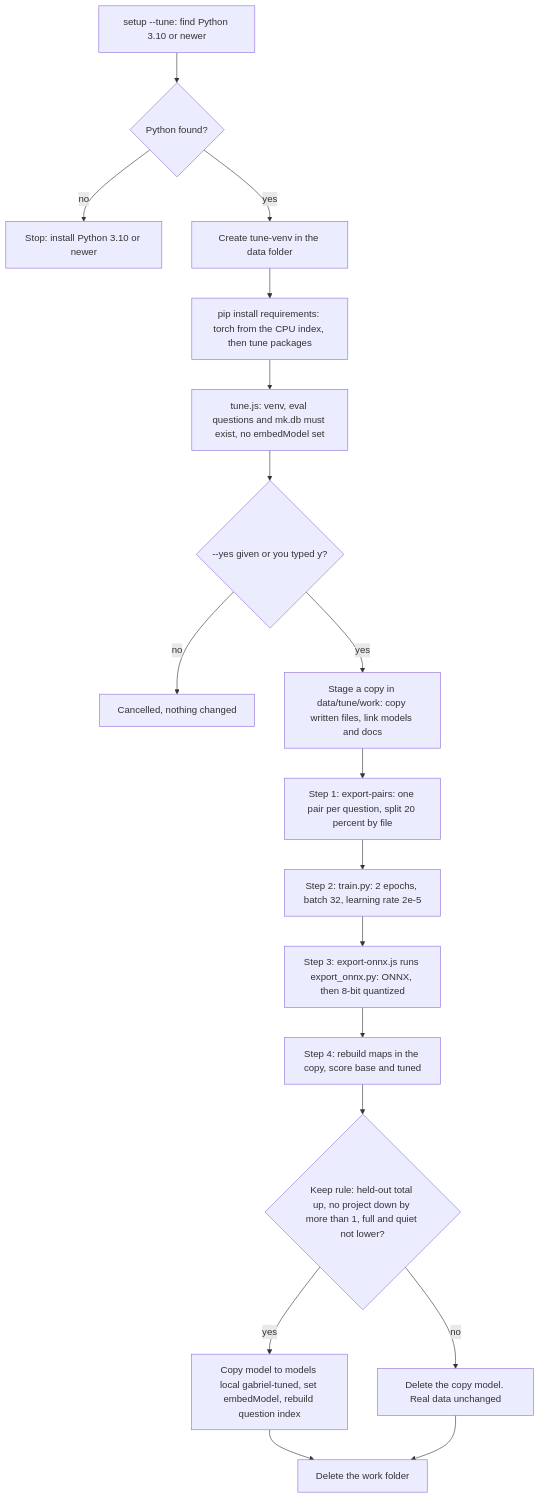
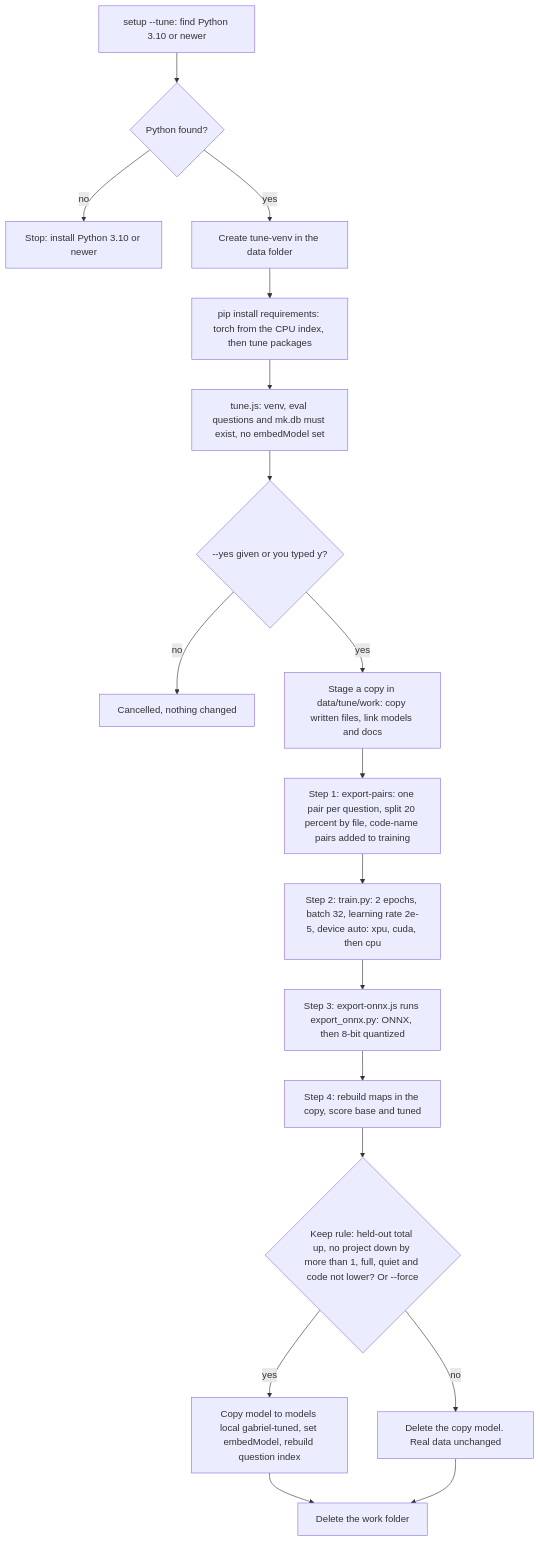
One commit to ThanhNVan/gabriel-plugin changed the seventh of 10 diagrams in docs/WORKFLOWS.md. Above: the diagram before and after it, drawn with Mermaid. The commit also changed 38 other files, not shown here.

````diff
--- a/docs/WORKFLOWS.md
+++ b/docs/WORKFLOWS.md
@@ -193,20 +193,20 @@
 ```mermaid
 flowchart TD
   A["setup --tune: find Python 3.10 or newer"] --> D1{"Python found?"}
   D1 -- "no" --> X1["Stop: install Python 3.10 or newer"]
   D1 -- "yes" --> V["Create tune-venv in the data folder"]
   V --> PK["pip install requirements: torch from the CPU index, then tune packages"]
   PK --> T["tune.js: venv, eval questions and mk.db must exist, no embedModel set"]
   T --> D2{"--yes given or you typed y?"}
   D2 -- "no" --> X2["Cancelled, nothing changed"]
   D2 -- "yes" --> ST["Stage a copy in data/tune/work: copy written files, link models and docs"]
-  ST --> P1["Step 1: export-pairs: one pair per question, split 20 percent by file"]
-  P1 --> P2["Step 2: train.py: 2 epochs, batch 32, learning rate 2e-5"]
+  ST --> P1["Step 1: export-pairs: one pair per question, split 20 percent by file, code-name pairs added to training"]
+  P1 --> P2["Step 2: train.py: 2 epochs, batch 32, learning rate 2e-5, device auto: xpu, cuda, then cpu"]
   P2 --> P3["Step 3: export-onnx.js runs export_onnx.py: ONNX, then 8-bit quantized"]
   P3 --> P4["Step 4: rebuild maps in the copy, score base and tuned"]
-  P4 --> D3{"Keep rule: held-out total up, no project down by more than 1, full and quiet not lower?"}
+  P4 --> D3{"Keep rule: held-out total up, no project down by more than 1, full, quiet and code not lower? Or --force"}
   D3 -- "yes" --> KP["Copy model to models local gabriel-tuned, set embedModel, rebuild question index"]
   D3 -- "no" --> RB["Delete the copy model. Real data unchanged"]
   KP --> CL["Delete the work folder"]
   RB --> CL
 ```
````
